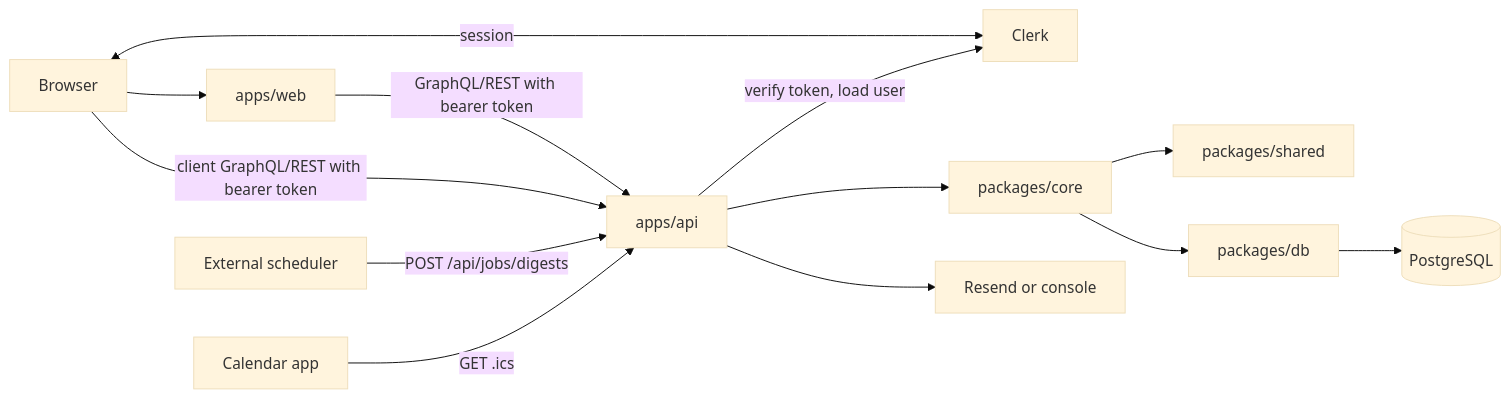
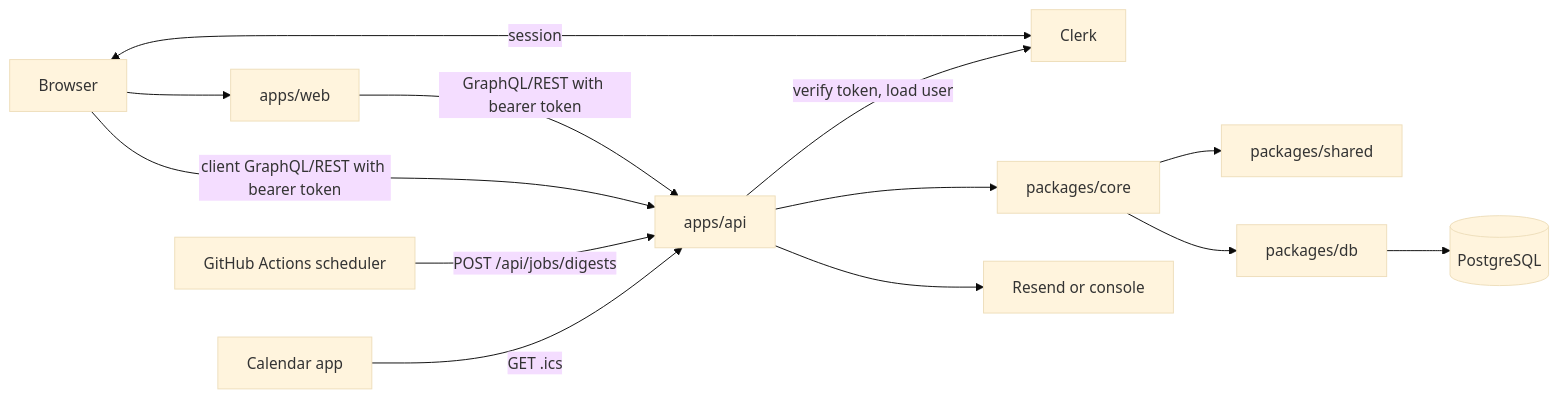
Before and after one commit to sugaroverflow/timetable: the diagram in docs/ARCHITECTURE.md, drawn with Mermaid (base theme). The commit also changed other lines of this file and 16 other files, not shown here.

````diff
--- a/docs/ARCHITECTURE.md
+++ b/docs/ARCHITECTURE.md
@@ -34,26 +34,26 @@
 ```mermaid
 flowchart LR
   browser[Browser]
   clerk[Clerk]
   web[apps/web]
   api[apps/api]
   core[packages/core]
   shared[packages/shared]
   dbpkg[packages/db]
   pg[(PostgreSQL)]
   email[Resend or console]
-  cron[External scheduler]
+  cron[GitHub Actions scheduler]
   cal[Calendar app]
 
   browser <-->|session| clerk
   browser --> web
   web -->|GraphQL/REST with bearer token| api
   browser -->|client GraphQL/REST with bearer token| api
   api -->|verify token, load user| clerk
   api --> core
   core --> shared
   core --> dbpkg --> pg
   api --> email
   cron -->|POST /api/jobs/digests| api
   cal -->|GET .ics| api
 ```
````
